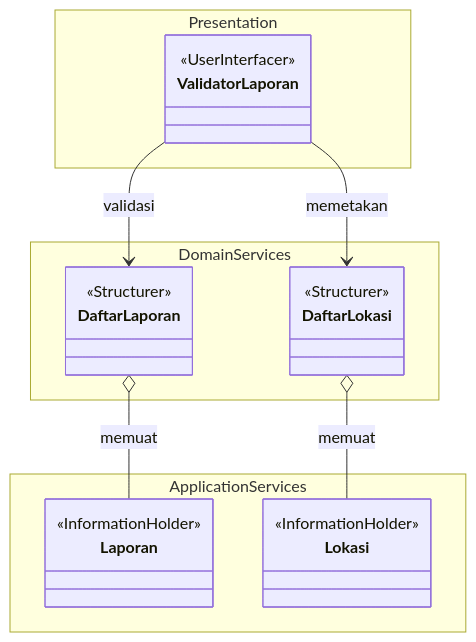
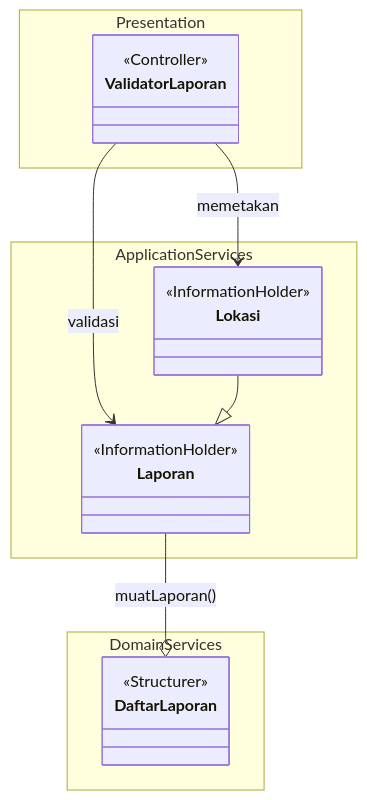
The third of 9 diagrams in docs/M4/K03_G02_CD.md (star-scripter/IF2150-RPL-K03-G02), drawn with Mermaid before and after one commit. The commit also changed other lines of this file, not shown here.

Commit message:
docs: fix class diagram UC1, UC2, UC3

````diff
--- a/docs/M4/K03_G02_CD.md
+++ b/docs/M4/K03_G02_CD.md
@@ -438,29 +432,26 @@
 ```mermaid
 classDiagram
     direction TB
 
     namespace Presentation {
         class ValidatorLaporan
     }
     namespace ApplicationServices {
         class Laporan
         class Lokasi
-
     }
 
     namespace DomainServices {
         class DaftarLaporan
-        class DaftarLokasi
     }
 
-    <<UserInterfacer>> ValidatorLaporan
+    <<Controller>> ValidatorLaporan
     <<Structurer>> DaftarLaporan
-    <<Structurer>> DaftarLokasi
     <<InformationHolder>> Laporan
     <<InformationHolder>> Lokasi
 
-    ValidatorLaporan --> DaftarLaporan : validasi
-    ValidatorLaporan --> DaftarLokasi : memetakan
-    DaftarLokasi  o-- Lokasi : memuat
-    DaftarLaporan  o-- Laporan : memuat
+    ValidatorLaporan --> Laporan : validasi
+    ValidatorLaporan --> Lokasi : memetakan
+    Lokasi --|> Laporan 
+    Laporan  --o DaftarLaporan : muatLaporan()
 ```
````
